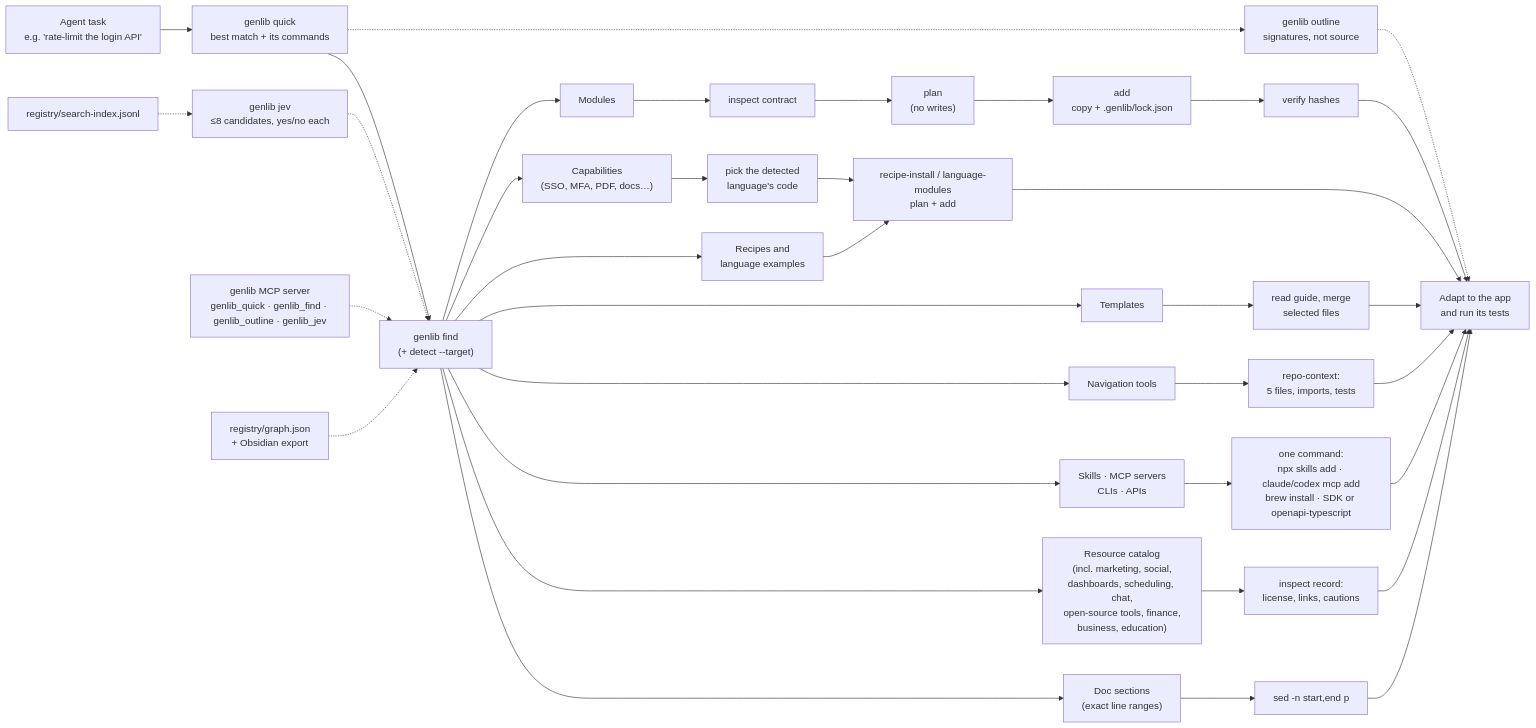
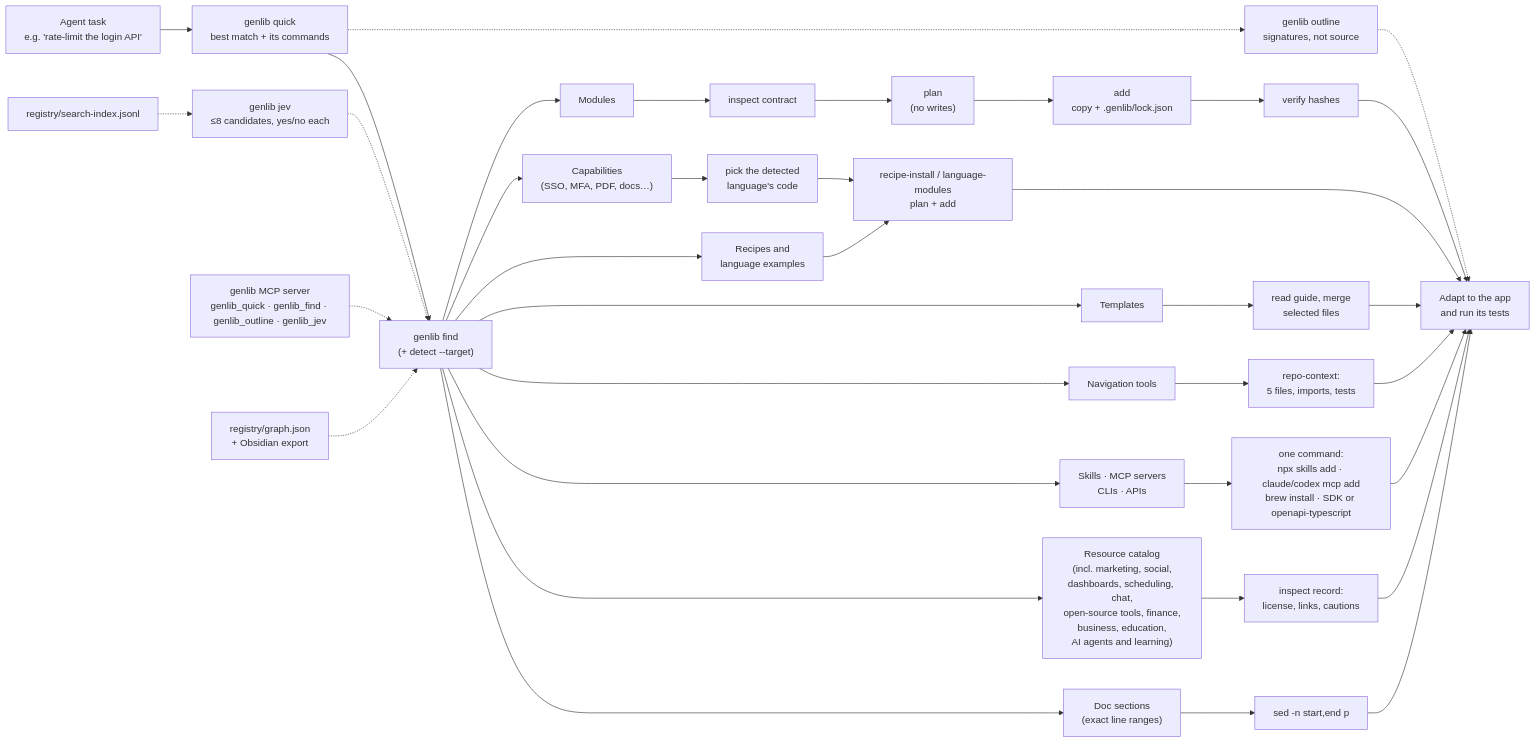
One commit to athompson83/genlib changed the diagram in README.md. Above: the diagram before and after it, drawn with Mermaid. The commit also changed other lines of this file and 16 other files, not shown here.

````diff
--- a/README.md
+++ b/README.md
@@ -63,26 +63,26 @@
 ```mermaid
 flowchart LR
   Task["Agent task<br/>e.g. 'rate-limit the login API'"] --> Quick["genlib quick<br/>best match + its commands"]
   Quick --> Find["genlib find<br/>(+ detect --target)"]
   Quick -.-> Outline["genlib outline<br/>signatures, not source"] -.-> App
   Find --> C["Capabilities<br/>(SSO, MFA, PDF, docs…)"]
   Find --> M["Modules"]
   Find --> R["Recipes and<br/>language examples"]
   Find --> T["Templates"]
   Find --> N["Navigation tools"]
   Find --> S["Skills · MCP servers<br/>CLIs · APIs"]
-  Find --> X["Resource catalog<br/>(incl. marketing, social,<br/>dashboards, scheduling, chat,<br/>open-source tools, finance,<br/>business, education)"]
+  Find --> X["Resource catalog<br/>(incl. marketing, social,<br/>dashboards, scheduling, chat,<br/>open-source tools, finance,<br/>business, education,<br/>AI agents and learning)"]
   Find --> D["Doc sections<br/>(exact line ranges)"]
   Jev["genlib jev<br/>≤8 candidates, yes/no each"] -.-> Find
   Index["registry/search-index.jsonl"] -.-> Jev
   MCP["genlib MCP server<br/>genlib_quick · genlib_find · genlib_outline · genlib_jev"] -.-> Find
   Graph["registry/graph.json<br/>+ Obsidian export"] -.-> Find
   M --> Inspect["inspect contract"] --> Plan["plan<br/>(no writes)"] --> Add["add<br/>copy + .genlib/lock.json"] --> Verify["verify hashes"] --> App["Adapt to the app<br/>and run its tests"]
   C --> Lang["pick the detected<br/>language's code"] --> Copy
   R --> Copy["recipe-install / language-modules<br/>plan + add"] --> App
   T --> Merge["read guide, merge<br/>selected files"] --> App
   N --> Context["repo-context:<br/>5 files, imports, tests"] --> App
   S --> SkillAdd["one command:<br/>npx skills add · claude/codex mcp add<br/>brew install · SDK or openapi-typescript"] --> App
   X --> Adopt["inspect record:<br/>license, links, cautions"] --> App
   D --> Section["sed -n start,end p"] --> App
 ```
````
